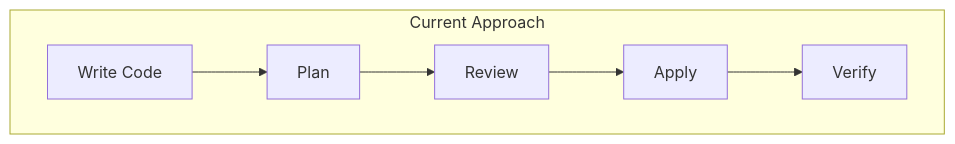
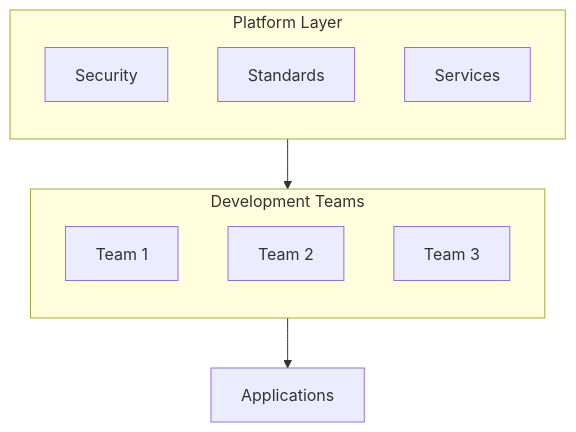
Before and after one commit to voioo/iac-pulumi-seminar: the third of 5 diagrams in pages/section-6.md, drawn with Mermaid. The commit also changed other lines of this file and 7 other files, not shown here.

````diff
--- a/pages/section-6.md
+++ b/pages/section-6.md
@@ -111,9 +203,20 @@
-```mermaid {scale: 0.7}
+```mermaid {scale: 0.6}
 flowchart TB
-    subgraph Current ["Current Approach"]
-        A1[Write Code] --> B1[Plan]
-        B1 --> C1[Review]
-        C1 --> D1[Apply]
-        D1 --> E1[Verify]
+    subgraph Platform ["Platform Layer"]
+        direction TB
+        S1[Security] 
+        S2[Standards]
+        S3[Services]
     end
+
+    subgraph Teams ["Development Teams"]
+        direction TB
+        T1[Team 1]
+        T2[Team 2]
+        T3[Team 3]
+    end
+
+    Platform --> Teams
+    Teams --> A[Applications]
+
 ```
````
